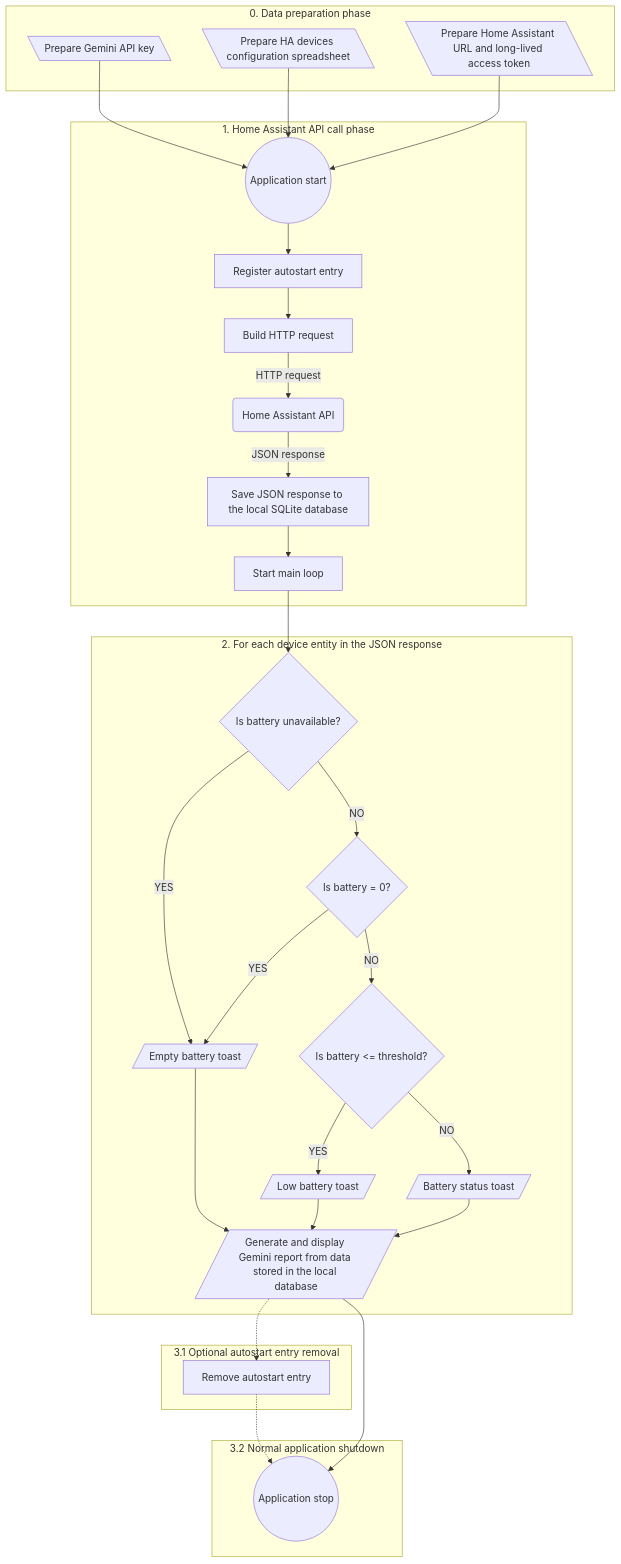
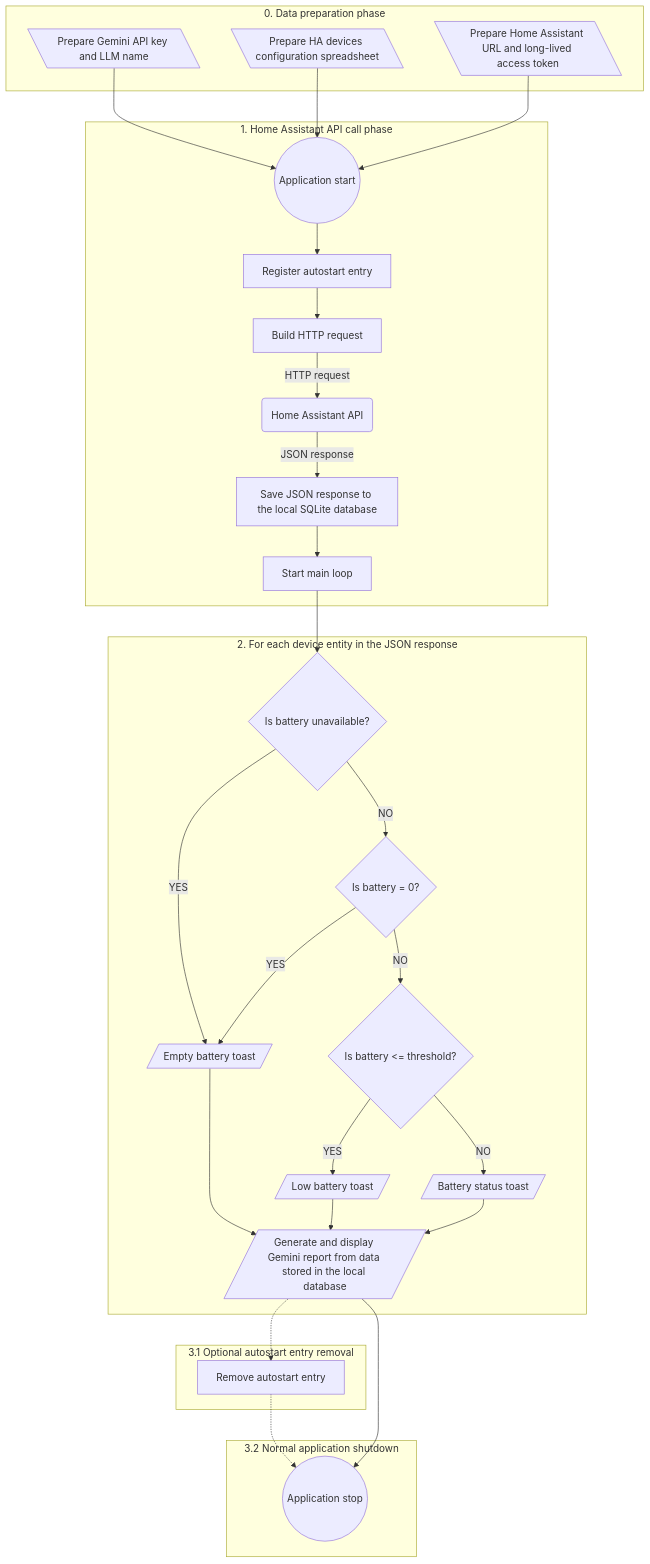
The diagram in README.md (ToMiDevelop/HABatteryCheckerForWindows), drawn with Mermaid before and after one commit. The commit also changed other lines of this file, not shown here.

````diff
--- a/README.md
+++ b/README.md
@@ -158,55 +159,55 @@
 ```mermaid
 graph TD
 HAApi@{shape: lean-l, label: "Prepare Home Assistant URL and long-lived access token"}
-GeminiApi@{shape: lean-l, label: "Prepare Gemini API key"}
+GeminiApi@{shape: lean-l, label: "Prepare Gemini API key and LLM name"}
 Excel@{shape: lean-l, label: "Prepare HA devices configuration spreadsheet"}
 Start((Application start))
 Stop((Application stop))
 TaskOn[Register autostart entry]
 TaskOff[Remove autostart entry]
 ConstructRequest[Build HTTP request]
 Api(Home Assistant API)
 BatUnav{Is battery unavailable?};
 Low@{shape: lean-r, label: "Low battery toast"}
 Full@{shape: lean-r, label: "Battery status toast"}
 Empty@{shape: lean-r, label: "Empty battery toast"}
 Zero{Is battery = 0?}
 Threshold{Is battery <= threshold?}
 Loop[Start main loop]
 Gemini@{shape: lean-r, label: "Generate and display Gemini report from data stored in the local database"}
 LocalDB[Save JSON response to the local SQLite database]
 subgraph preparation [0. Data preparation phase]
     GeminiApi
     Excel
     HAApi
 end
 subgraph start [1. Home Assistant API call phase]
     GeminiApi --> Start
     Excel --> Start
     HAApi --> Start
     Start --> TaskOn
     TaskOn --> ConstructRequest
     ConstructRequest -->|HTTP request| Api
     Api -->|JSON response| LocalDB
     LocalDB --> Loop
 end
 subgraph for [2. For each device entity in the JSON response]
     Loop --> BatUnav
     BatUnav -->|YES| Empty
     BatUnav -->|NO| Zero
     Zero -->|YES| Empty
     Zero -->|NO| Threshold
     Threshold -->|YES| Low
     Threshold -->|NO| Full
     Empty --> Gemini
     Low --> Gemini
     Full --> Gemini
 end
 subgraph optional [3.1 Optional autostart entry removal]
     Gemini -.-> TaskOff
 end
 subgraph normal [3.2 Normal application shutdown]
     TaskOff -.-> Stop
     Gemini --> Stop
 end
 ```
````
